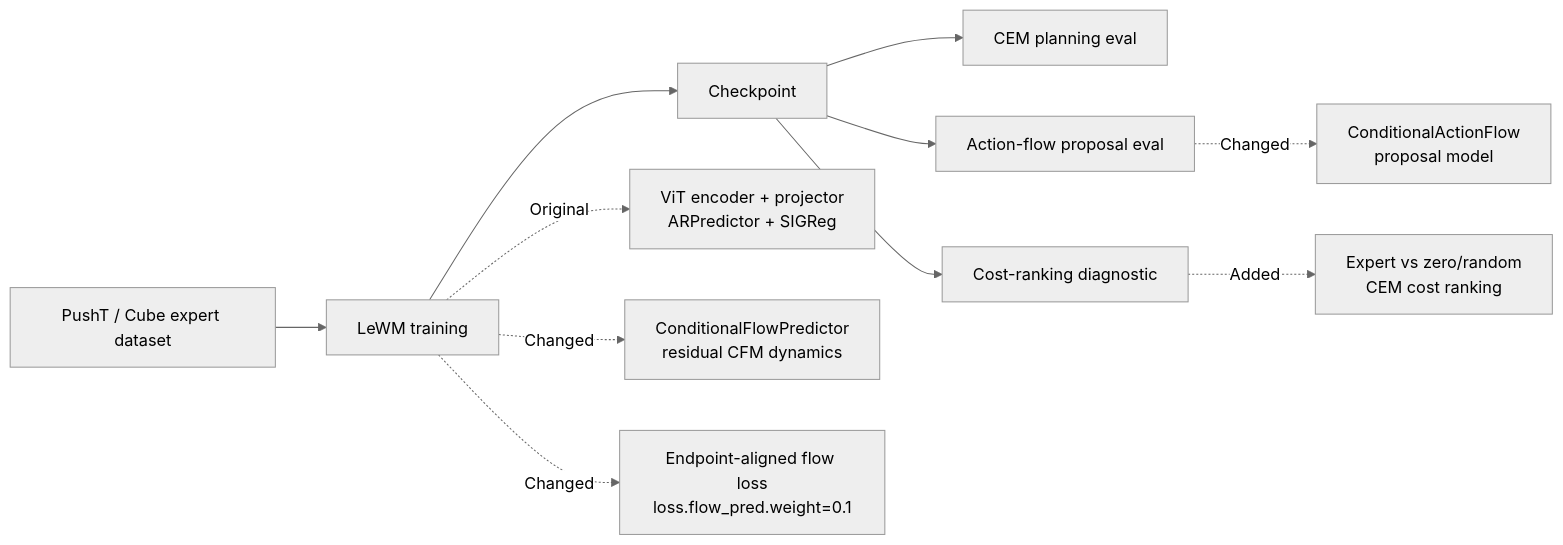
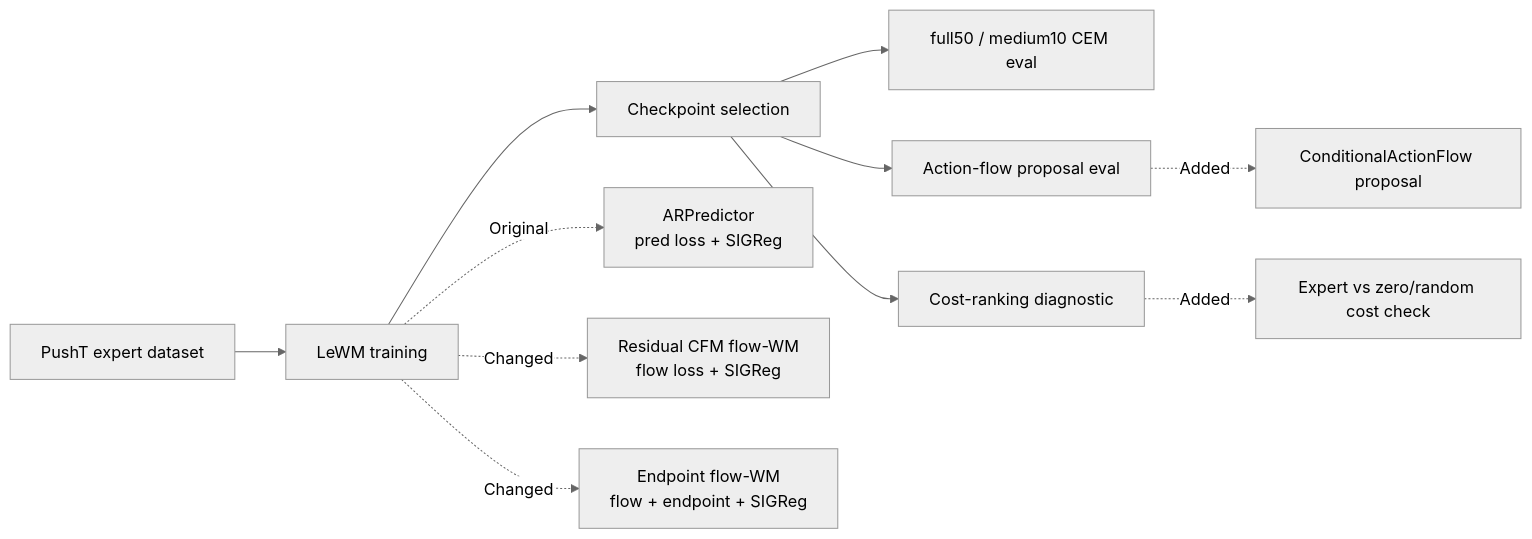
The diagram in docs/lewm_flow_progress_report_20260610.md (thedannyliu/le-wm), drawn with Mermaid (neutral theme) before and after one commit. The commit also changed other lines of this file, not shown here.

Commit message:
Clarify LeWM flow progress report

````diff
--- a/docs/lewm_flow_progress_report_20260610.md
+++ b/docs/lewm_flow_progress_report_20260610.md
@@ -53,14 +102,14 @@
 ```mermaid
 flowchart LR
-    A[PushT / Cube expert dataset] --> B[LeWM training]
-    B --> C[Checkpoint]
-    C --> D[CEM planning eval]
+    A[PushT expert dataset] --> B[LeWM training]
+    B --> C[Checkpoint selection]
+    C --> D[full50 / medium10 CEM eval]
     C --> E[Action-flow proposal eval]
     C --> F[Cost-ranking diagnostic]
 
-    B -. Original .-> B1[ViT encoder + projector<br/>ARPredictor + SIGReg]
-    B -. Changed .-> B2[ConditionalFlowPredictor<br/>residual CFM dynamics]
-    B -. Changed .-> B3[Endpoint-aligned flow loss<br/>loss.flow_pred.weight=0.1]
-    E -. Changed .-> E1[ConditionalActionFlow<br/>proposal model]
-    F -. Added .-> F1[Expert vs zero/random<br/>CEM cost ranking]
+    B -. Original .-> B1[ARPredictor<br/>pred loss + SIGReg]
+    B -. Changed .-> B2[Residual CFM flow-WM<br/>flow loss + SIGReg]
+    B -. Changed .-> B3[Endpoint flow-WM<br/>flow + endpoint + SIGReg]
+    E -. Added .-> E1[ConditionalActionFlow proposal]
+    F -. Added .-> F1[Expert vs zero/random cost check]
 ```
````
